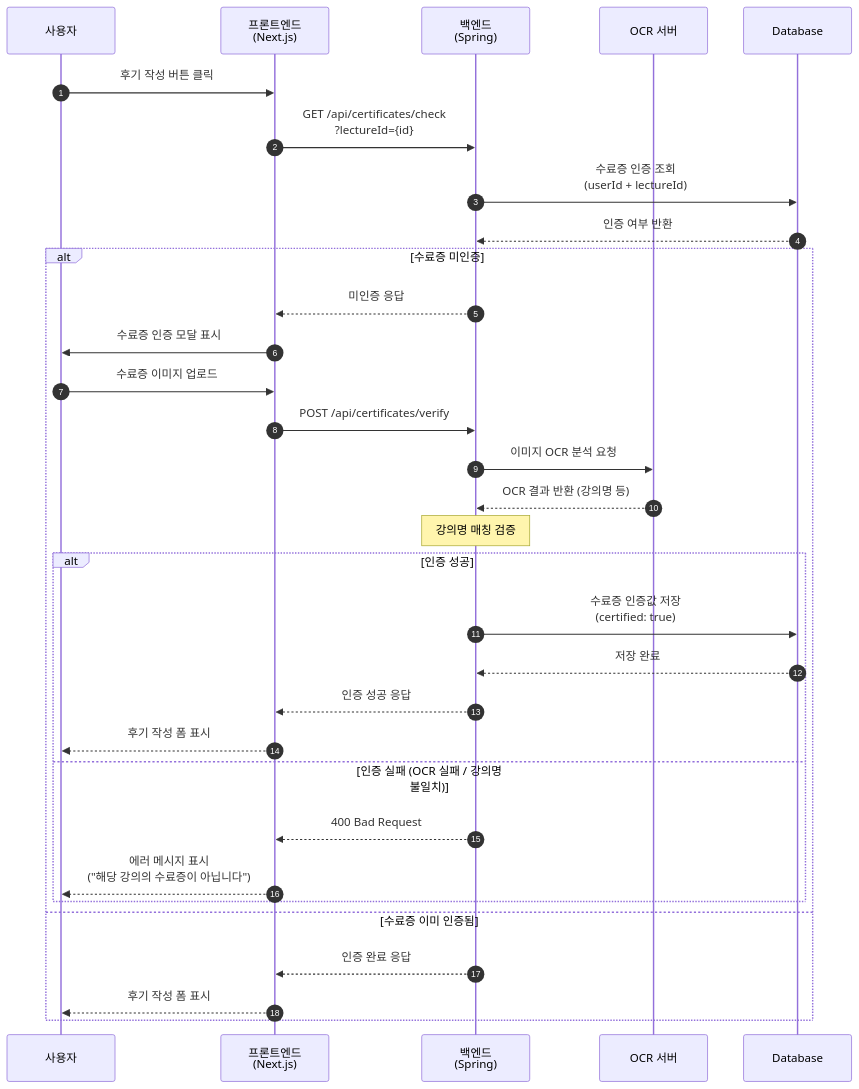
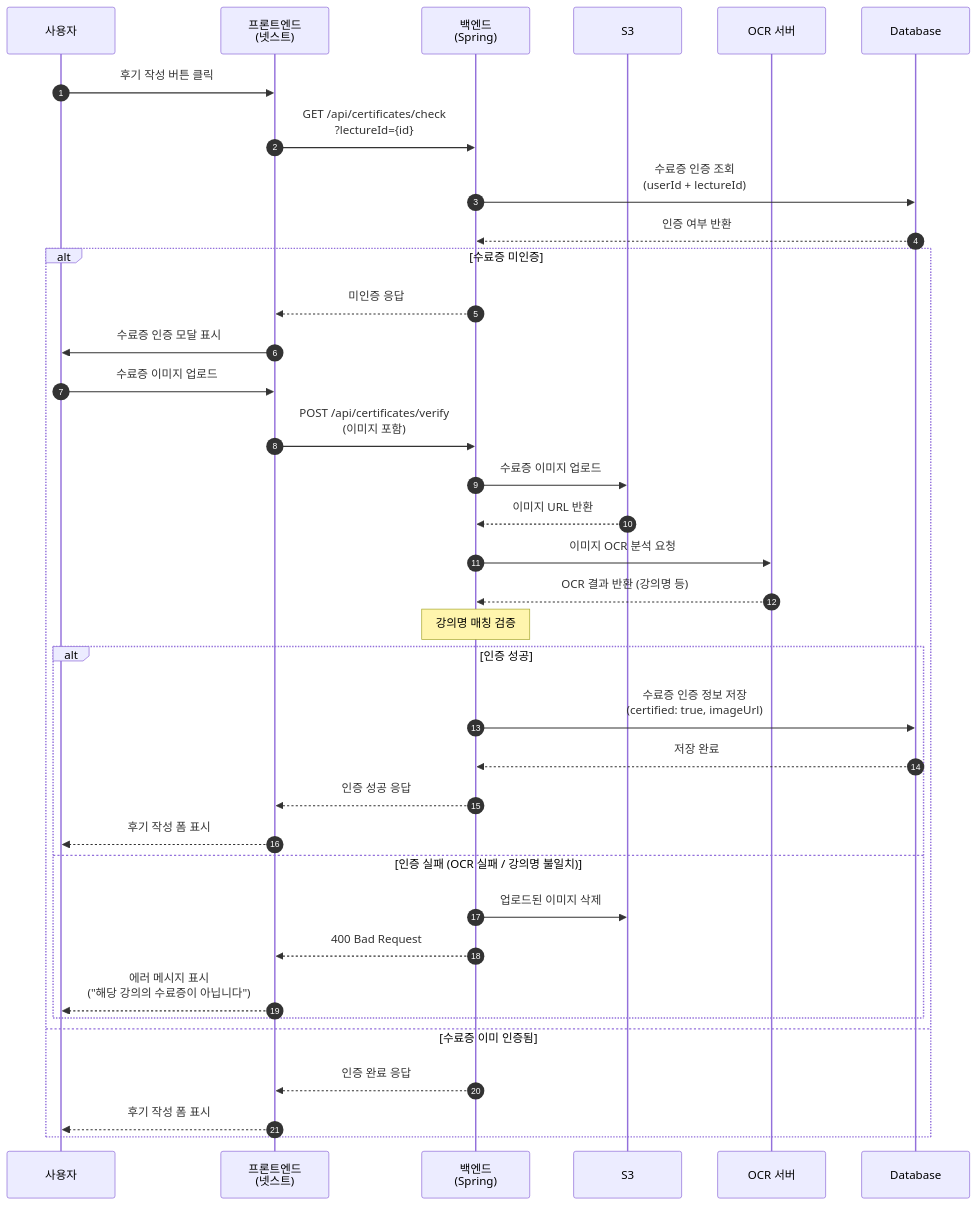
One commit to sw-campus/sw-campus-docs changed the first of 5 diagrams in sequence/review/review_diagram.md. Above: the diagram before and after it, drawn with Mermaid. The commit also changed other lines of this file and 3 other files, not shown here.

````diff
--- a/sequence/review/review_diagram.md
+++ b/sequence/review/review_diagram.md
@@ -5,39 +5,43 @@
 ```mermaid
 sequenceDiagram
     autonumber
     participant User as 사용자
-    participant Frontend as 프론트엔드<br/>(Next.js)
+    participant Frontend as 프론트엔드<br/>(넷스트)
     participant Backend as 백엔드<br/>(Spring)
+    participant S3 as S3
     participant OCR as OCR 서버
     participant DB as Database
 
     User->>Frontend: 후기 작성 버튼 클릭
     Frontend->>Backend: GET /api/certificates/check<br/>?lectureId={id}
     Backend->>DB: 수료증 인증 조회<br/>(userId + lectureId)
     DB-->>Backend: 인증 여부 반환
 
     alt 수료증 미인증
         Backend-->>Frontend: 미인증 응답
         Frontend->>User: 수료증 인증 모달 표시
         User->>Frontend: 수료증 이미지 업로드
-        Frontend->>Backend: POST /api/certificates/verify
+        Frontend->>Backend: POST /api/certificates/verify<br/>(이미지 포함)
+        Backend->>S3: 수료증 이미지 업로드
+        S3-->>Backend: 이미지 URL 반환
         Backend->>OCR: 이미지 OCR 분석 요청
         OCR-->>Backend: OCR 결과 반환 (강의명 등)
         
         Note over Backend: 강의명 매칭 검증
 
         alt 인증 성공
-            Backend->>DB: 수료증 인증값 저장<br/>(certified: true)
+            Backend->>DB: 수료증 인증 정보 저장<br/>(certified: true, imageUrl)
             DB-->>Backend: 저장 완료
             Backend-->>Frontend: 인증 성공 응답
             Frontend-->>User: 후기 작성 폼 표시
         else 인증 실패 (OCR 실패 / 강의명 불일치)
+            Backend->>S3: 업로드된 이미지 삭제
             Backend-->>Frontend: 400 Bad Request
             Frontend-->>User: 에러 메시지 표시<br/>("해당 강의의 수료증이 아닙니다")
         end
 
     else 수료증 이미 인증됨
         Backend-->>Frontend: 인증 완료 응답
         Frontend-->>User: 후기 작성 폼 표시
     end
 ```
````
